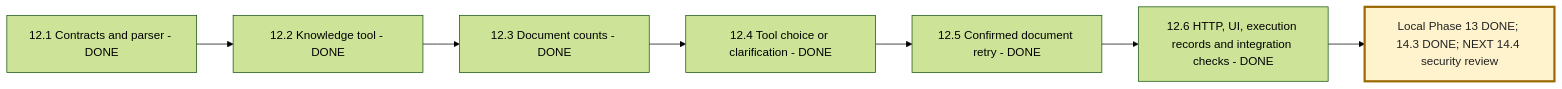
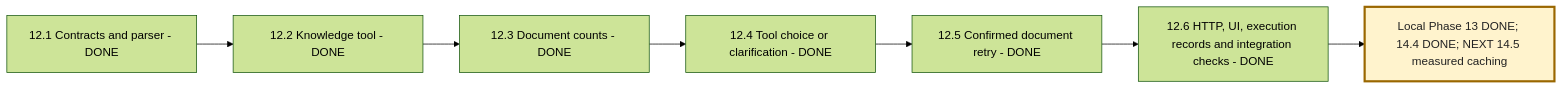
The fourth of 6 diagrams in NEXAAI_ROADMAP.md (msdian0007/nexaAi), drawn with Mermaid (forest theme) before and after one commit. The commit also changed other lines of this file and 22 other files, not shown here.

````diff
--- a/NEXAAI_ROADMAP.md
+++ b/NEXAAI_ROADMAP.md
@@ -310,10 +315,10 @@
 ```mermaid
 flowchart LR
     A[12.1 Contracts and parser - DONE] --> B[12.2 Knowledge tool - DONE]
     B --> C[12.3 Document counts - DONE]
     C --> D[12.4 Tool choice or clarification - DONE]
     D --> E[12.5 Confirmed document retry - DONE]
     E --> F[12.6 HTTP, UI, execution records and integration checks - DONE]
-    F --> G[Local Phase 13 DONE; 14.3 DONE; NEXT 14.4 security review]
+    F --> G[Local Phase 13 DONE; 14.4 DONE; NEXT 14.5 measured caching]
     style G fill:#fff3cd,stroke:#9a6700,stroke-width:3px,color:#222
 ```
````
